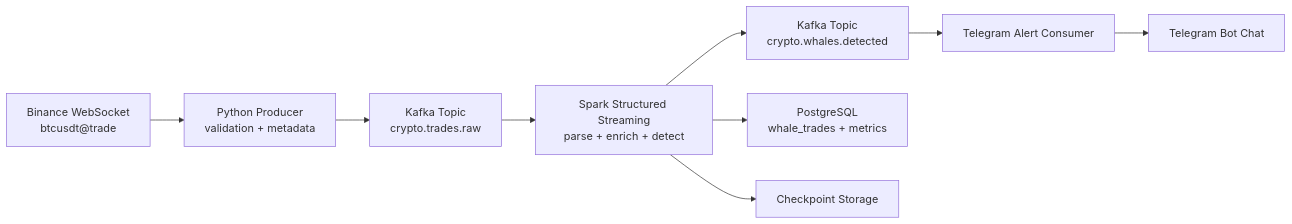
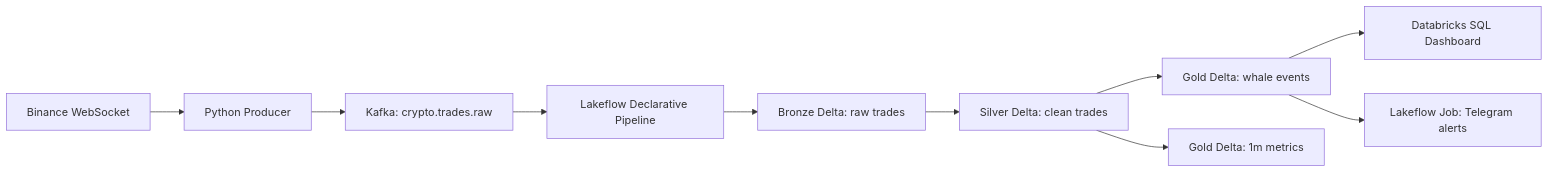
The diagram in SPEC.md (datnndd/Bitcoin_Kafka_Prj), drawn with Mermaid before and after one commit. The commit also changed other lines of this file and 37 other files, not shown here.

First line of the commit message:
feat: Implement Databricks Lakeflow pipeline for crypto whale detection

````diff
--- a/SPEC.md
+++ b/SPEC.md
@@ -101,11 +15,12 @@
 ```mermaid
 flowchart LR
-    A["Binance WebSocket\nbtcusdt@trade"] --> B["Python Producer\nvalidation + metadata"]
-    B --> C["Kafka Topic\ncrypto.trades.raw"]
-    C --> D["Spark Structured Streaming\nparse + enrich + detect"]
-    D --> E["Kafka Topic\ncrypto.whales.detected"]
-    D --> F["PostgreSQL\nwhale_trades + metrics"]
-    E --> G["Telegram Alert Consumer"]
-    G --> H["Telegram Bot Chat"]
-    D --> I["Checkpoint Storage"]
+    A["Binance WebSocket"] --> B["Python Producer"]
+    B --> C["Kafka: crypto.trades.raw"]
+    C --> D["Lakeflow Declarative Pipeline"]
+    D --> E["Bronze Delta: raw trades"]
+    E --> F["Silver Delta: clean trades"]
+    F --> G["Gold Delta: whale events"]
+    F --> H["Gold Delta: 1m metrics"]
+    G --> I["Databricks SQL Dashboard"]
+    G --> J["Lakeflow Job: Telegram alerts"]
 ```
````
